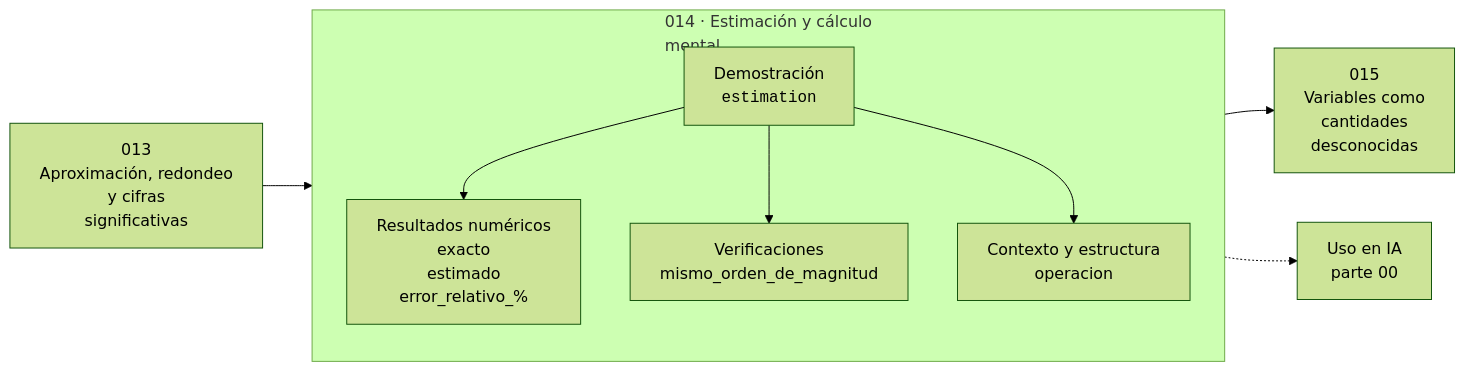
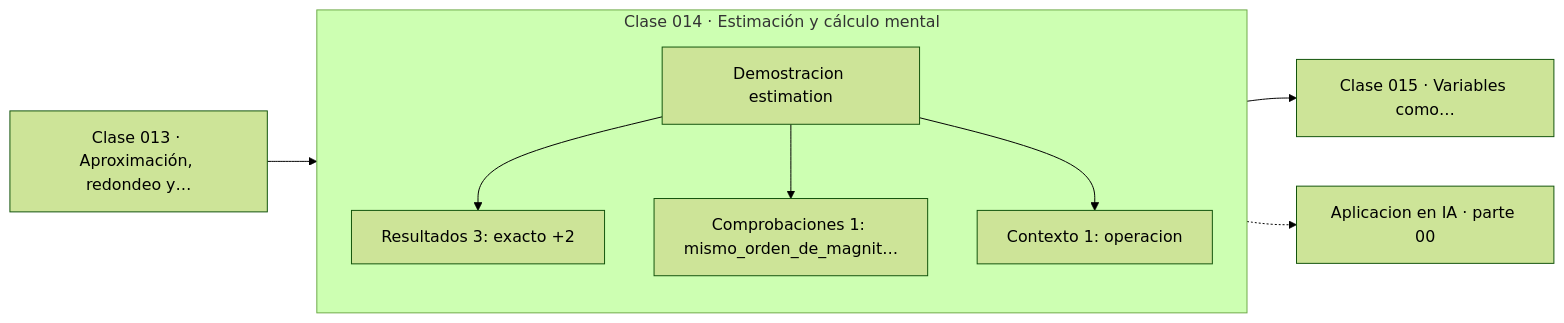
One commit to vladimiracunadev-create/computational-mathematics-program changed the diagram in classes/part-00-pensamiento-matematico-desde-cero/014-estimacion-y-calculo-mental/README.md. Above: the diagram before and after it, drawn with Mermaid (forest theme). The commit also changed 389 other files, not shown here.

First line of the commit message:
fix(diagramas): elimina el HTML de las etiquetas Mermaid

````diff
--- a/classes/part-00-pensamiento-matematico-desde-cero/014-estimacion-y-calculo-mental/README.md
+++ b/classes/part-00-pensamiento-matematico-desde-cero/014-estimacion-y-calculo-mental/README.md
@@ -35,12 +35,13 @@
 ```mermaid
 flowchart LR
-    P["013<br/>Aproximación, redondeo<br/>y cifras<br/>significativas"] --> C
-    subgraph C["014 · Estimación y cálculo<br/>mental"]
+    P["Clase 013 · Aproximación, redondeo y…"] --> D
+    subgraph CLASE["Clase 014 · Estimación y cálculo mental"]
         direction TB
-        D["Demostración<br/><code>estimation</code>"] --> R["Resultados numéricos<br/>exacto<br/>estimado<br/>error_relativo_%"]
-        D --> V["Verificaciones<br/>mismo_orden_de_magnitud"]
-        D --> O["Contexto y estructura<br/>operacion"]
+        D["Demostracion estimation"]
+        D --> R["Resultados 3: exacto +2"]
+        D --> V["Comprobaciones 1: mismo_orden_de_magnit…"]
+        D --> O["Contexto 1: operacion"]
     end
-    C --> N["015<br/>Variables como<br/>cantidades<br/>desconocidas"]
-    C -.-> IA["Uso en IA<br/>parte 00"]
+    R --> N["Clase 015 · Variables como…"]
+    V -.-> IA["Aplicacion en IA · parte 00"]
 ```
````
